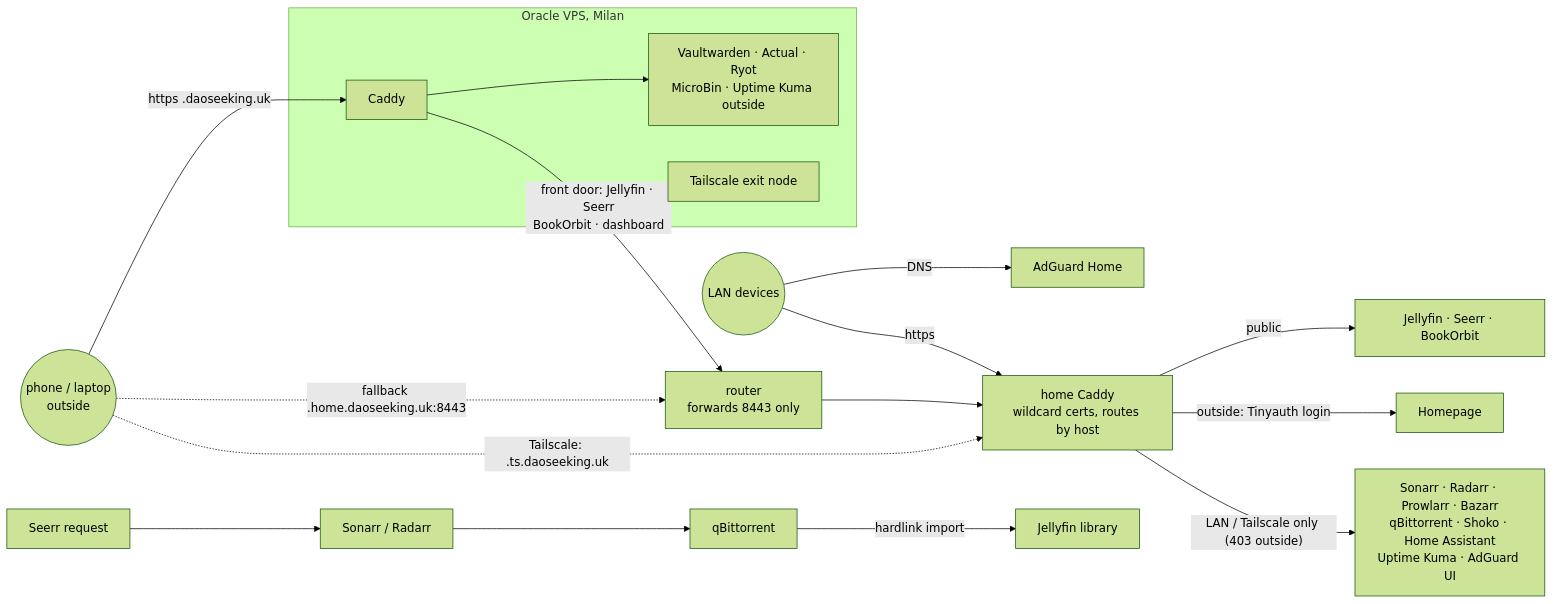
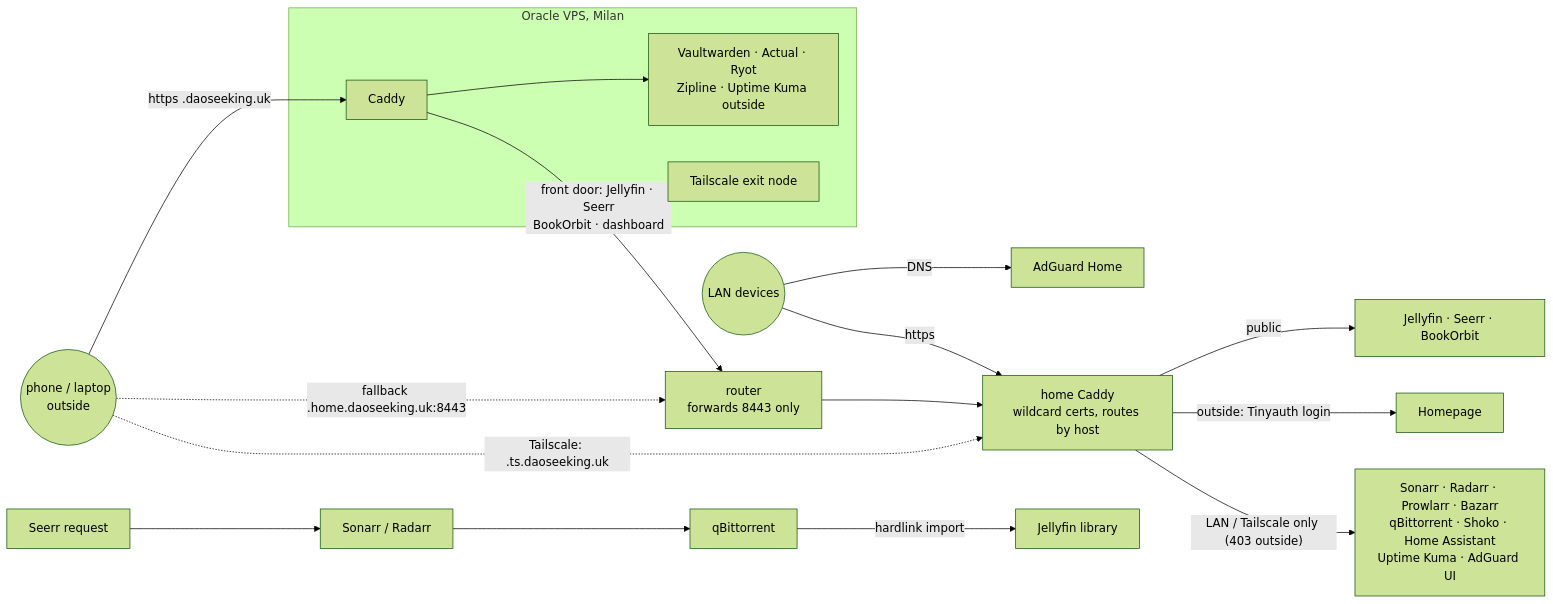
Before and after one commit to sergey-borovkov/homelab: the diagram in README.md, drawn with Mermaid (forest theme). The commit also changed other lines of this file and 9 other files, not shown here.

Commit message:
Zipline replaces MicroBin at share.daoseeking.uk (temporary home-only guard until the admin exists)

````diff
--- a/README.md
+++ b/README.md
@@ -15,21 +15,21 @@
 ```mermaid
 flowchart LR
   phone((phone / laptop<br/>outside)) -- "https <app>.daoseeking.uk" --> vcaddy
   phone -. "fallback <app>.home.daoseeking.uk:8443" .-> router[router<br/>forwards 8443 only]
   phone -. "Tailscale: <app>.ts.daoseeking.uk" .-> caddy
 
   subgraph VPS [Oracle VPS, Milan]
-    vcaddy[Caddy] --> vapps[Vaultwarden · Actual · Ryot<br/>MicroBin · Uptime Kuma outside]
+    vcaddy[Caddy] --> vapps[Vaultwarden · Actual · Ryot<br/>Zipline · Uptime Kuma outside]
     ts[Tailscale exit node]
   end
   vcaddy -- "front door: Jellyfin · Seerr<br/>BookOrbit · dashboard" --> router
 
   lan((LAN devices)) -- DNS --> adguard[AdGuard Home]
   lan -- https --> caddy
   router --> caddy[home Caddy<br/>wildcard certs, routes by host]
   caddy -- public --> pub[Jellyfin · Seerr · BookOrbit]
   caddy -- "outside: Tinyauth login" --> dash[Homepage]
   caddy -- "LAN / Tailscale only (403 outside)" --> admin[Sonarr · Radarr · Prowlarr · Bazarr<br/>qBittorrent · Shoko · Home Assistant<br/>Uptime Kuma · AdGuard UI]
 
   seerr[Seerr request] --> arr[Sonarr / Radarr] --> qbit[qBittorrent] -- hardlink import --> jf[Jellyfin library]
 ```
````
